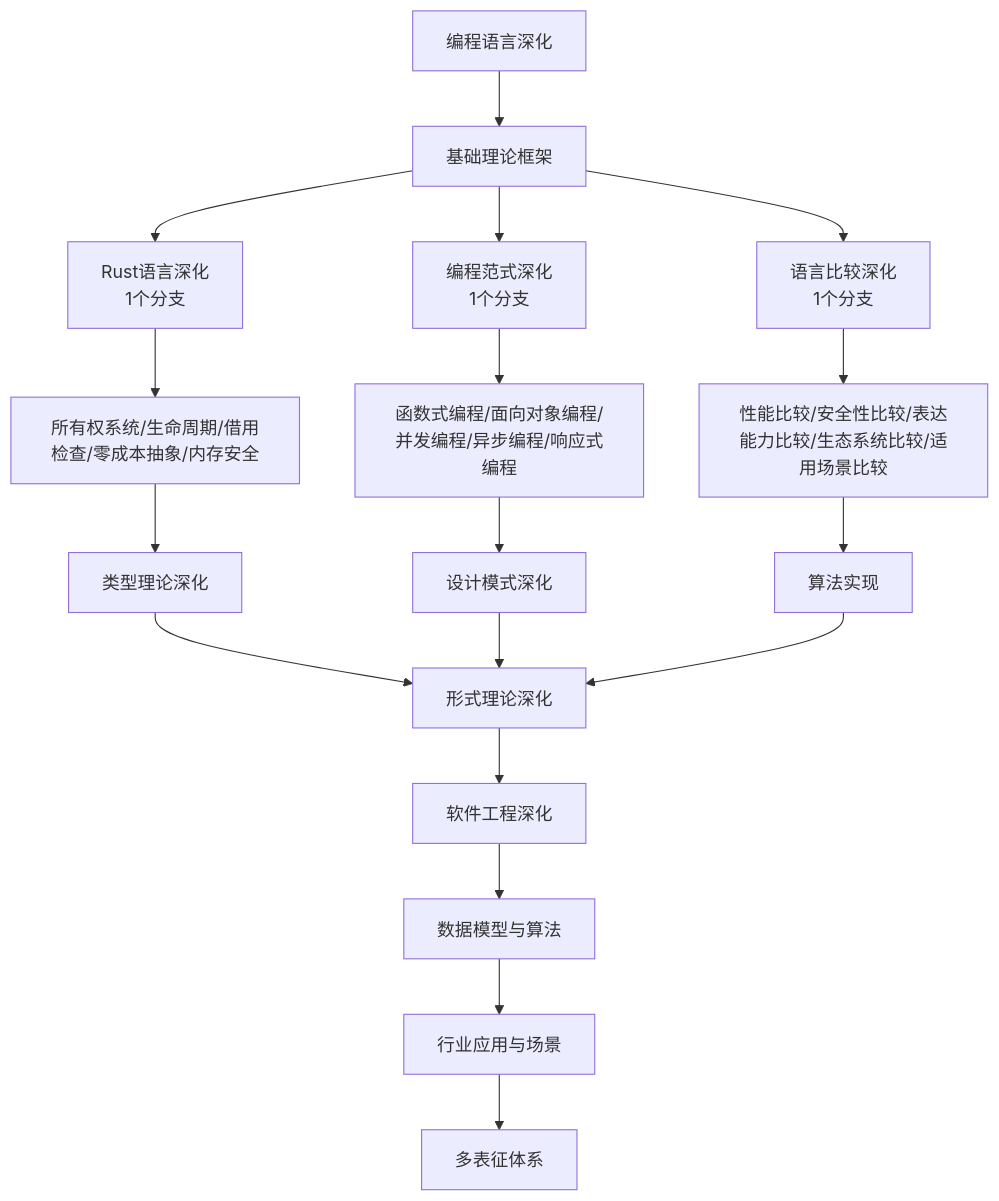
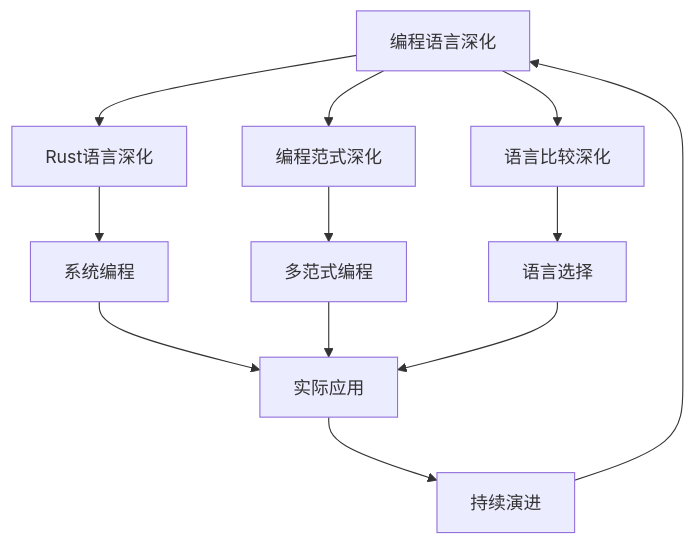
Before and after one commit to AdaMartin18010/Data-Science: the diagram in Analysis/10-编程语言深化/README.md, drawn with Mermaid. The commit also changed other lines of this file and 11 other files, not shown here.

````diff
--- a/Analysis/10-编程语言深化/README.md
+++ b/Analysis/10-编程语言深化/README.md
@@ -25,21 +26,17 @@
 ```mermaid
-flowchart TD
-  A[编程语言深化] --> B[基础理论框架]
-  B --> C1[Rust语言深化<br/>1个分支]
-  B --> C2[编程范式深化<br/>1个分支]
-  B --> C3[语言比较深化<br/>1个分支]
-  
-  C1 --> D[所有权系统/生命周期/借用检查/零成本抽象/内存安全]
-  C2 --> E[函数式编程/面向对象编程/并发编程/异步编程/响应式编程]
-  C3 --> F[性能比较/安全性比较/表达能力比较/生态系统比较/适用场景比较]
-  
-  D --> G[类型理论深化]
-  E --> H[设计模式深化]
-  F --> I[算法实现]
-  
-  G & H & I --> J[形式理论深化]
-  J --> K[软件工程深化]
-  K --> L[数据模型与算法]
-  L --> M[行业应用与场景]
-  M --> N[多表征体系]
+graph TB
+    A[编程语言深化] --> B[Rust语言深化]
+    A --> C[编程范式深化]
+    A --> D[语言比较深化]
+    
+    B --> E[系统编程]
+    C --> F[多范式编程]
+    D --> G[语言选择]
+    
+    E --> H[实际应用]
+    F --> H
+    G --> H
+    
+    H --> I[持续演进]
+    I --> A
 ```
````
